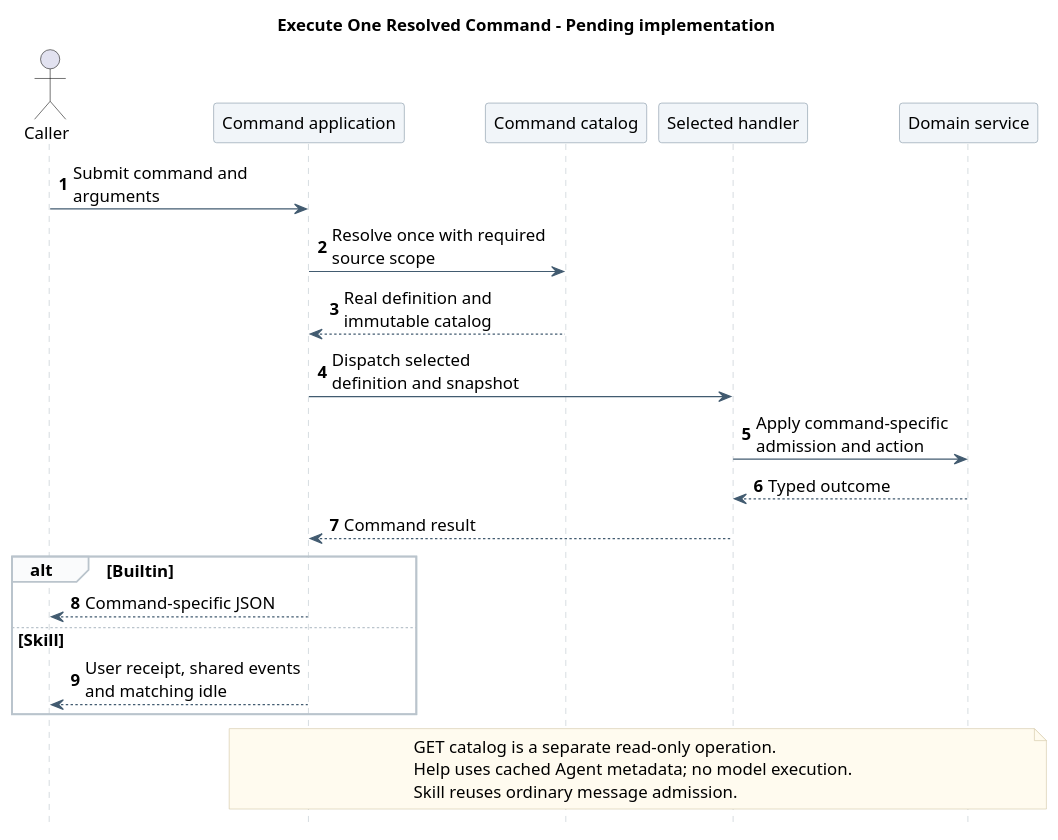
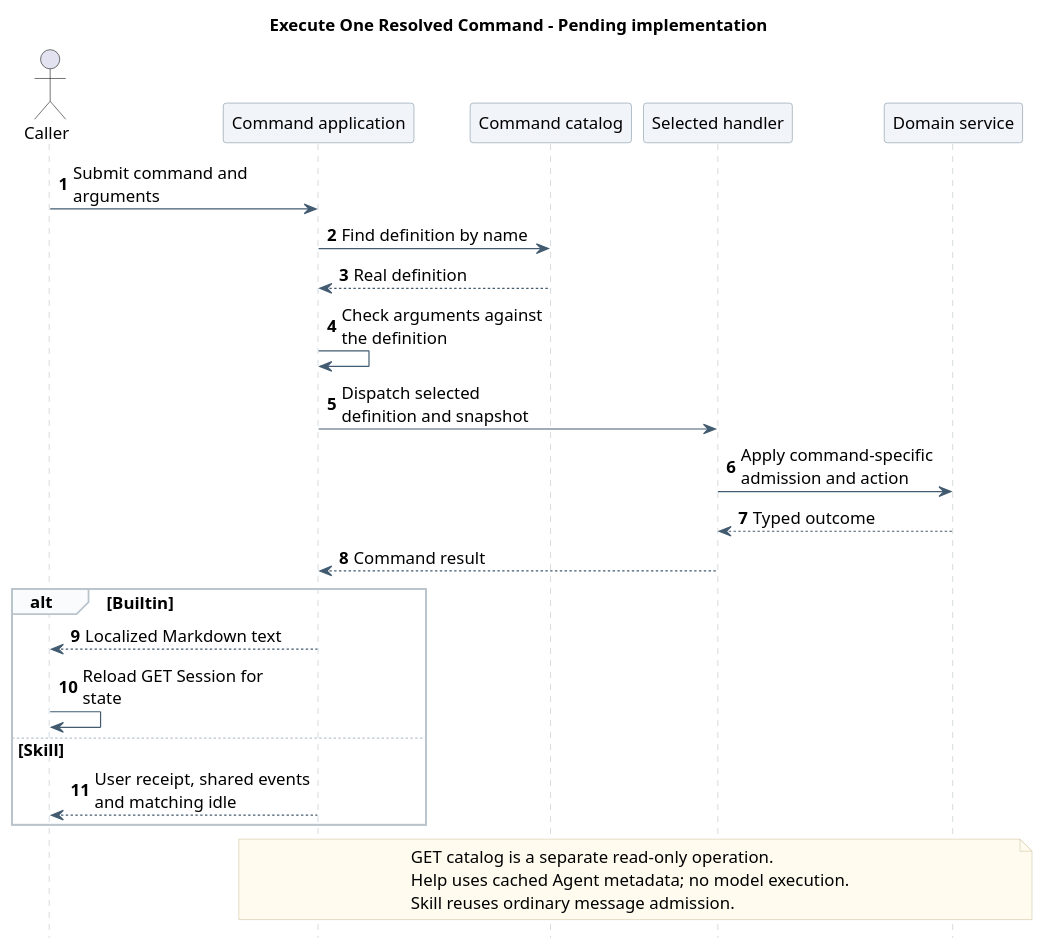
Before and after one commit to ssm0808/pi-mono-java-design: the first of 2 diagrams in 01-总体架构/01-CampusClaw多Agent运行时/设计图/Command/diagram.puml, drawn with PlantUML. The commit also changed other lines of this file and 71 other files, not shown here.

```diff
--- a/01-总体架构/01-CampusClaw多Agent运行时/设计图/Command/diagram.puml
+++ b/01-总体架构/01-CampusClaw多Agent运行时/设计图/Command/diagram.puml
@@ -1,49 +1,52 @@
 @startuml command_http_flow
 ' Source evidence: pi-mono-java@d84dd3d6 modules/coding-agent-cli/src/main/java/com/campusclaw/codingagent/runtimeapi/web/RuntimeSessionController.java getSession.
 ' Architecture change: Builtin routes return JSON; B13/B14 Skill reuses the message SSE boundary.
 ' Source evidence: pi-mono-java@6f52fddc modules/coding-agent-cli/src/main/java/com/campusclaw/codingagent/runtimeapi/service/command/CompositeCommandRegistry.java resolve.
 ' Product decision: GET uses full sources and state-filtered commands with name/type/description/argumentType; POST keeps locked admission.
 ' Source evidence: pi-mono-java@d8e22562 modules/coding-agent-cli/src/main/java/com/campusclaw/codingagent/runtime/AgentRuntimeManager.java prepareCached and toRuntime.
 ' Product decision: Help uses authored Agent metadata; it does not format the command catalog.
+' 2026-10-20 已确认（待实现）：参数按定义统一检查，Builtin 成功只返回本地化 Markdown 文本，调用方随后读取 GET Session。
 ' Presentation: one responsibility-level scenario; implementation details remain in the linked document.
 skinparam backgroundColor white
 skinparam defaultFontName SansSerif
 skinparam defaultFontSize 14
 skinparam shadowing false
 skinparam sequenceMessageAlign left
 skinparam maxMessageSize 180
 skinparam sequenceArrowColor #425B70
 skinparam sequenceLifeLineBorderColor #BAC4CC
 skinparam sequenceParticipantBackgroundColor #F1F5F9
 skinparam sequenceParticipantBorderColor #8496A4
 skinparam sequenceGroupBackgroundColor #FAFBFC
 skinparam sequenceGroupBorderColor #BAC4CC
 skinparam noteBackgroundColor #FFFBEF
 skinparam noteBorderColor #D2C6A5
 hide footbox
 autonumber
 
 title Execute One Resolved Command - Pending implementation
 actor Caller
 participant "Command application" as App
 participant "Command catalog" as Catalog
 participant "Selected handler" as Handler
 participant "Domain service" as Service
 Caller -> App : Submit command and arguments
-App -> Catalog : Resolve once with required source scope
-Catalog --> App : Real definition and immutable catalog
+App -> Catalog : Find definition by name
+Catalog --> App : Real definition
+App -> App : Check arguments against the definition
 App -> Handler : Dispatch selected definition and snapshot
 Handler -> Service : Apply command-specific admission and action
 Service --> Handler : Typed outcome
 Handler --> App : Command result
 alt Builtin
-  App --> Caller : Command-specific JSON
+  App --> Caller : Localized Markdown text
+  Caller -> Caller : Reload GET Session for state
 else Skill
   App --> Caller : User receipt, shared events and matching idle
 end
 note over App,Service
   GET catalog is a separate read-only operation.
   Help uses cached Agent metadata; no model execution.
   Skill reuses ordinary message admission.
 end note
 @enduml
```
